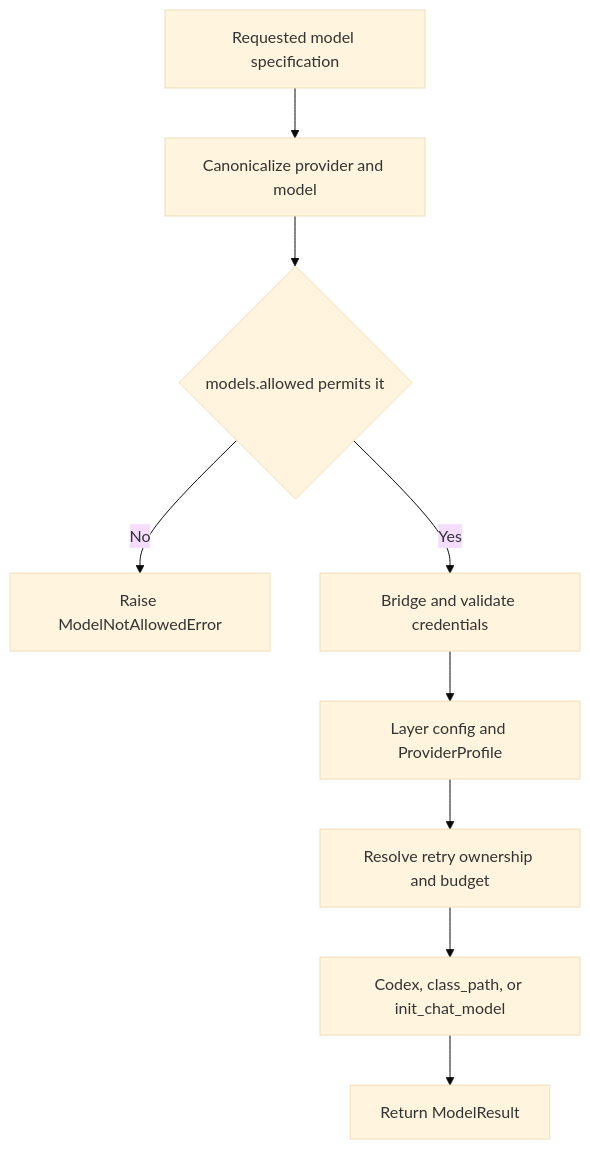
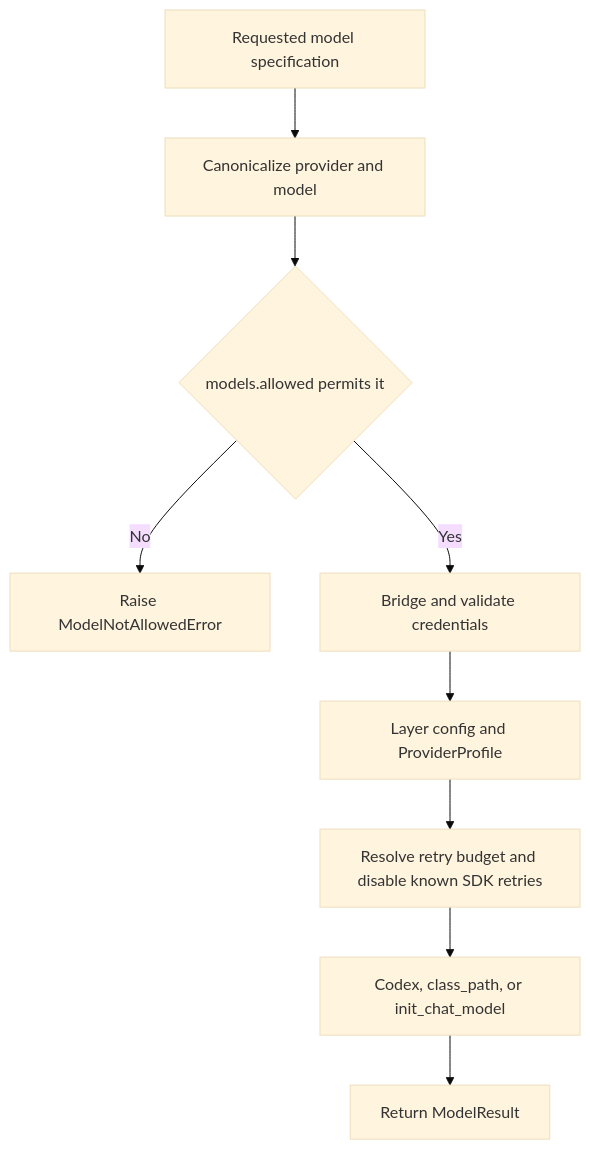
One commit to langchain-ai/deepagents changed the second of 2 diagrams in openwiki/concepts/profiles-models.md. Above: the diagram before and after it, drawn with Mermaid (base theme). The commit also changed other lines of this file and 38 other files, not shown here.

````diff
--- a/openwiki/concepts/profiles-models.md
+++ b/openwiki/concepts/profiles-models.md
@@ -107,11 +103,11 @@
 ```mermaid
 flowchart TD
     Request["Requested model specification"] --> Resolve["Canonicalize provider and model"]
     Resolve --> Allowed{"models.allowed permits it"}
     Allowed -->|No| Denied["Raise ModelNotAllowedError"]
     Allowed -->|Yes| Credentials["Bridge and validate credentials"]
     Credentials --> Profile["Layer config and ProviderProfile"]
-    Profile --> Retries["Resolve retry ownership and budget"]
+    Profile --> Retries["Resolve retry budget and disable known SDK retries"]
     Retries --> Build["Codex, class_path, or init_chat_model"]
     Build --> Result["Return ModelResult"]
 ```
````
